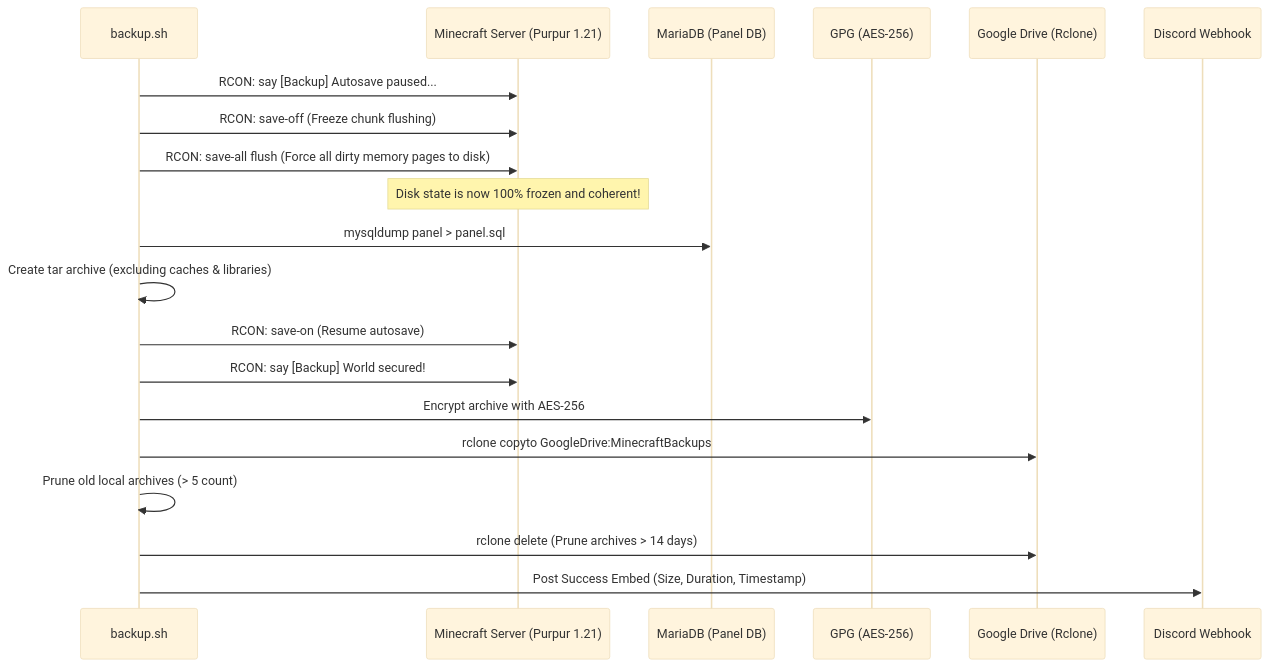
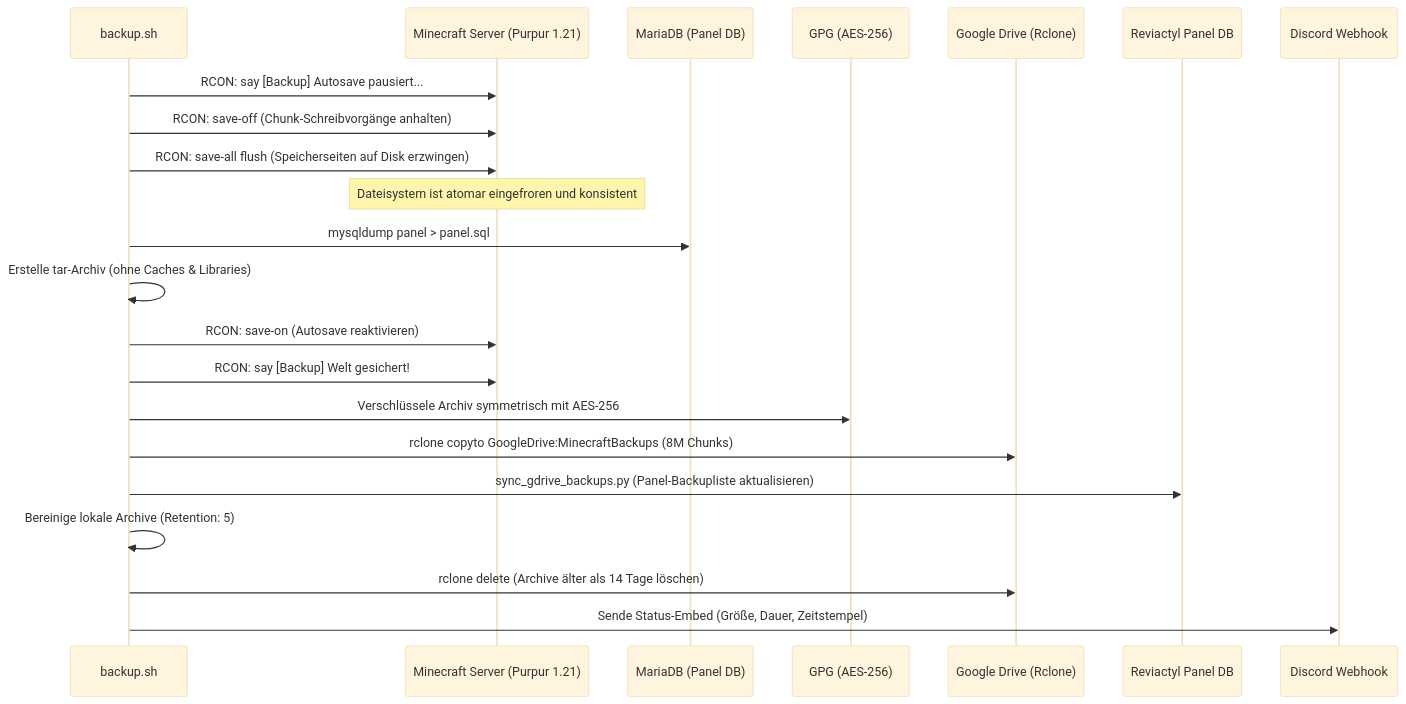
The diagram in docs/BACKUP_PIPELINE.md (PrIyme2/minecraft-iot-server), drawn with Mermaid (base theme) before and after one commit. The commit also changed other lines of this file and 31 other files, not shown here.

````diff
--- a/docs/BACKUP_PIPELINE.md
+++ b/docs/BACKUP_PIPELINE.md
@@ -13,25 +13,27 @@
 ```mermaid
 sequenceDiagram
     participant B as backup.sh
     participant MC as Minecraft Server (Purpur 1.21)
     participant DB as MariaDB (Panel DB)
     participant GPG as GPG (AES-256)
     participant CLOUD as Google Drive (Rclone)
+    participant P as Reviactyl Panel DB
     participant D as Discord Webhook
 
-    B->>MC: RCON: say [Backup] Autosave paused...
-    B->>MC: RCON: save-off (Freeze chunk flushing)
-    B->>MC: RCON: save-all flush (Force all dirty memory pages to disk)
-    Note over MC: Disk state is now 100% frozen and coherent!
+    B->>MC: RCON: say [Backup] Autosave pausiert...
+    B->>MC: RCON: save-off (Chunk-Schreibvorgänge anhalten)
+    B->>MC: RCON: save-all flush (Speicherseiten auf Disk erzwingen)
+    Note over MC: Dateisystem ist atomar eingefroren und konsistent
 
     B->>DB: mysqldump panel > panel.sql
-    B->>B: Create tar archive (excluding caches & libraries)
-    B->>MC: RCON: save-on (Resume autosave)
-    B->>MC: RCON: say [Backup] World secured!
+    B->>B: Erstelle tar-Archiv (ohne Caches & Libraries)
+    B->>MC: RCON: save-on (Autosave reaktivieren)
+    B->>MC: RCON: say [Backup] Welt gesichert!
 
-    B->>GPG: Encrypt archive with AES-256
-    B->>CLOUD: rclone copyto GoogleDrive:MinecraftBackups
-    B->>B: Prune old local archives (> 5 count)
-    B->>CLOUD: rclone delete (Prune archives > 14 days)
-    B->>D: Post Success Embed (Size, Duration, Timestamp)
+    B->>GPG: Verschlüssele Archiv symmetrisch mit AES-256
+    B->>CLOUD: rclone copyto GoogleDrive:MinecraftBackups (8M Chunks)
+    B->>P: sync_gdrive_backups.py (Panel-Backupliste aktualisieren)
+    B->>B: Bereinige lokale Archive (Retention: 5)
+    B->>CLOUD: rclone delete (Archive älter als 14 Tage löschen)
+    B->>D: Sende Status-Embed (Größe, Dauer, Zeitstempel)
 ```
````
